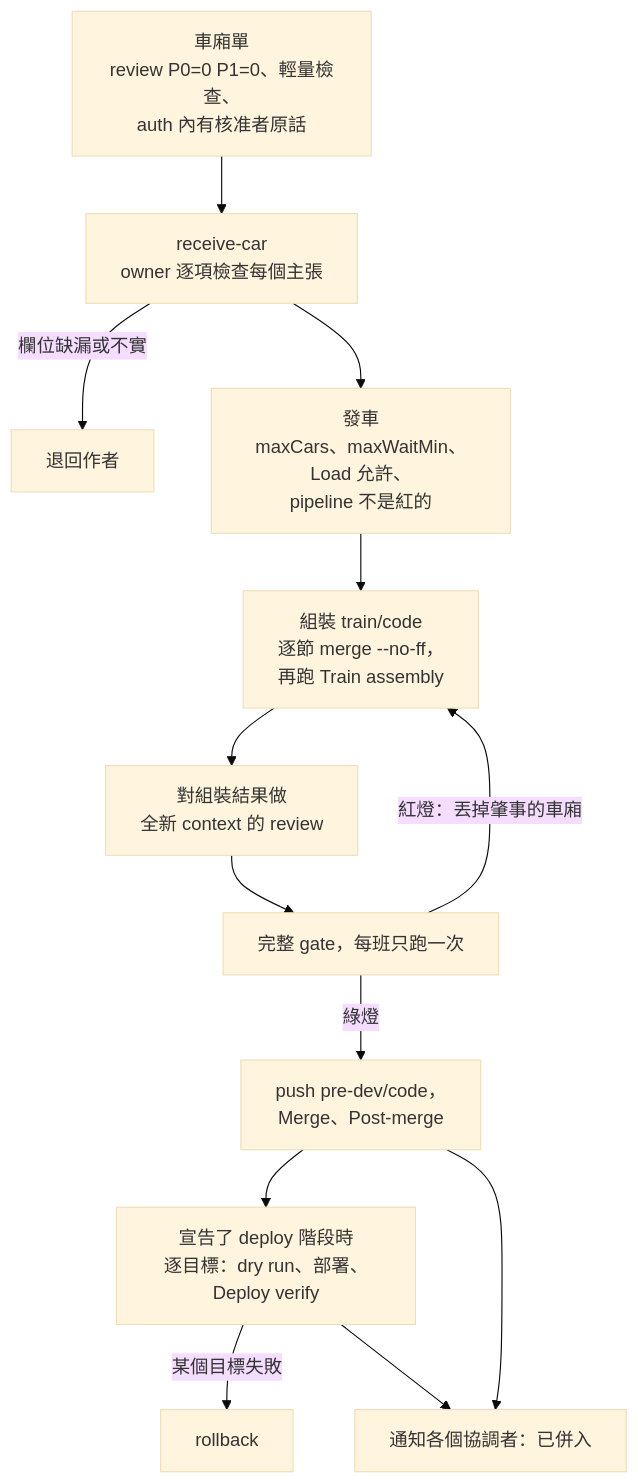
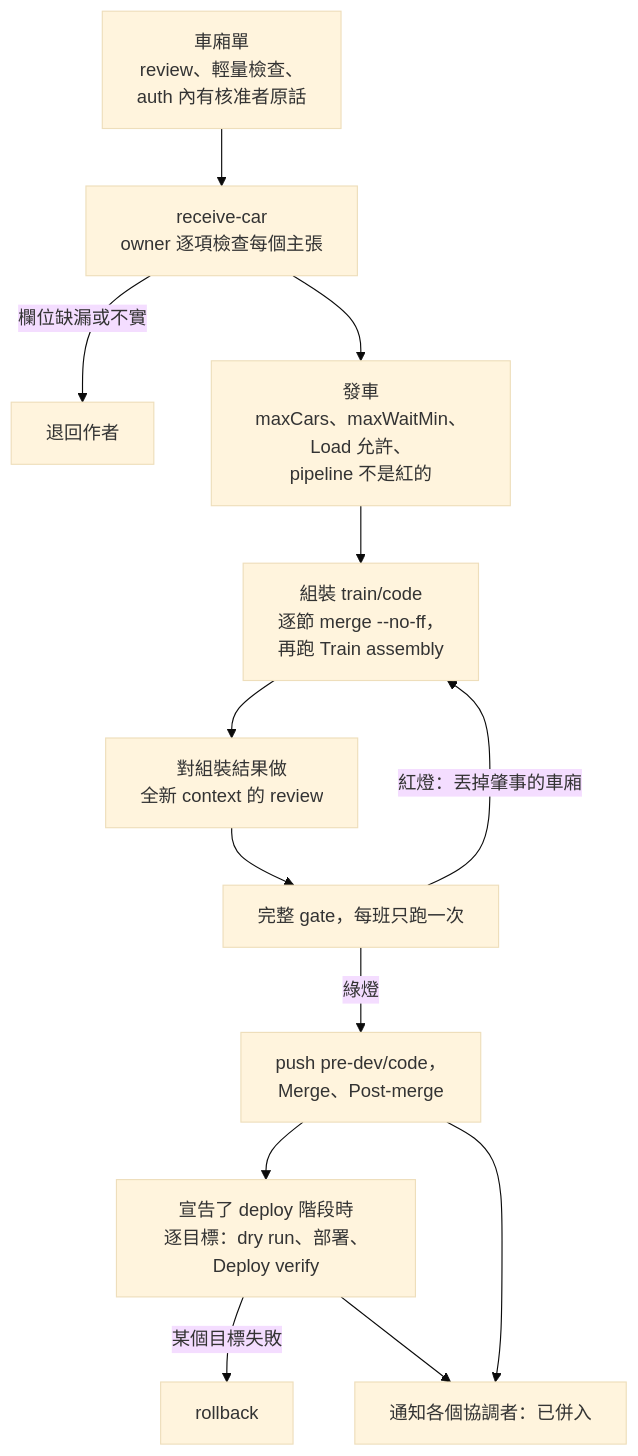
One commit to wayne930242/anchorloop changed the diagram in site/src/content/docs/zh-tw/guide/merge-train.md. Above: the diagram before and after it, drawn with Mermaid (base theme). The commit also changed other lines of this file and 16 other files, not shown here.

Commit message:
feat: defer test-only car review and accept any reviewer model; release 3.3.0

````diff
--- a/site/src/content/docs/zh-tw/guide/merge-train.md
+++ b/site/src/content/docs/zh-tw/guide/merge-train.md
@@ -14,15 +14,15 @@
 ```mermaid
 flowchart TD
-  slip["車廂單<br/>review P0=0 P1=0、輕量檢查、<br/>auth 內有核准者原話"] --> recv["receive-car<br/>owner 逐項檢查每個主張"]
+  slip["車廂單<br/>review、輕量檢查、<br/>auth 內有核准者原話"] --> recv["receive-car<br/>owner 逐項檢查每個主張"]
   recv -->|"欄位缺漏或不實"| back["退回作者"]
   recv --> depart["發車<br/>maxCars、maxWaitMin、Load 允許、<br/>pipeline 不是紅的"]
   depart --> assemble["組裝 train/code<br/>逐節 merge --no-ff，<br/>再跑 Train assembly"]
   assemble --> review["對組裝結果做<br/>全新 context 的 review"]
   review --> gates["完整 gate，每班只跑一次"]
   gates -->|"紅燈：丟掉肇事的車廂"| assemble
   gates -->|"綠燈"| merge["push pre-dev/code，<br/>Merge、Post-merge"]
   merge --> deploy["宣告了 deploy 階段時<br/>逐目標：dry run、部署、Deploy verify"]
   deploy -->|"某個目標失敗"| rollback["rollback"]
   merge --> landed["通知各個協調者：已併入"]
   deploy --> landed
 ```
````
